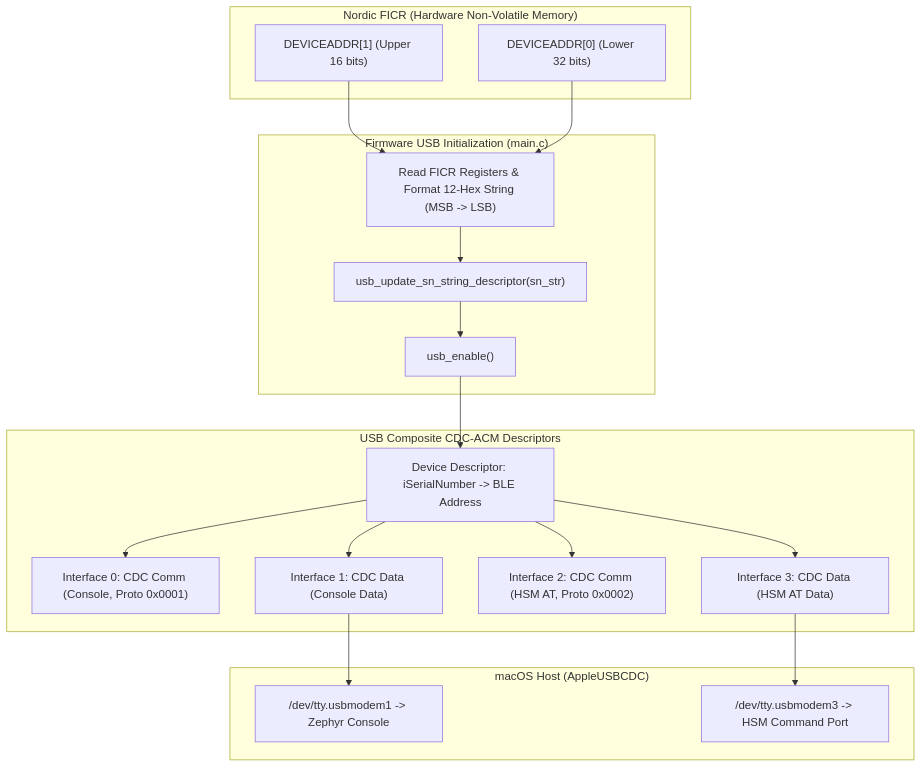
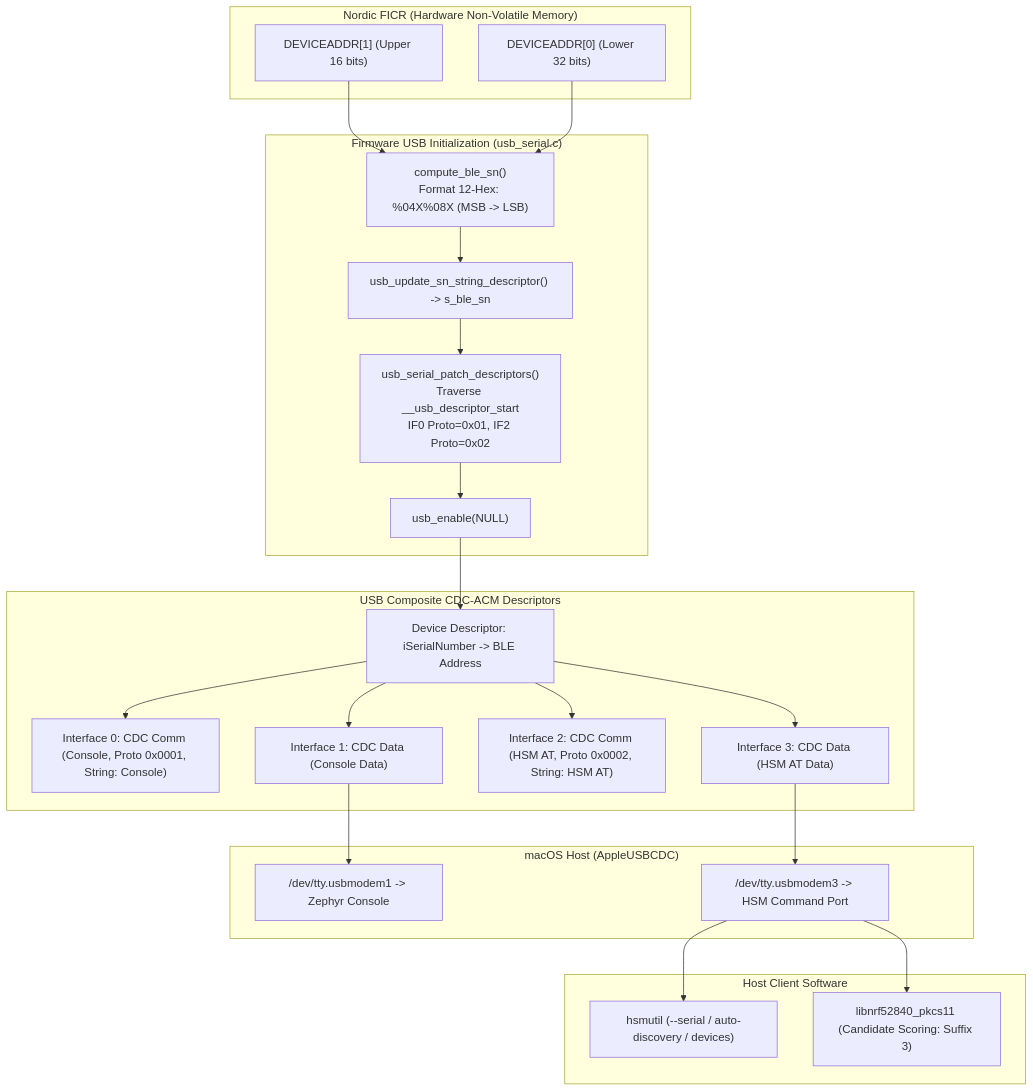
The diagram in features/usb-descriptors-ble-address.md (gpfister/hsm-obsidian), drawn with Mermaid before and after one commit. The commit also changed other lines of this file and 18 other files, not shown here.

Commit message:
docs(vault): record USB descriptors, BLE address serial specification, plan, and session logs

````diff
--- a/features/usb-descriptors-ble-address.md
+++ b/features/usb-descriptors-ble-address.md
@@ -52,38 +61,47 @@
 ```mermaid
 flowchart TD
     subgraph Nordic_FICR["Nordic FICR (Hardware Non-Volatile Memory)"]
         DEVICEADDR1["DEVICEADDR[1] (Upper 16 bits)"]
         DEVICEADDR0["DEVICEADDR[0] (Lower 32 bits)"]
     end
 
-    subgraph Firmware_Init["Firmware USB Initialization (main.c)"]
-        EXTRACT["Read FICR Registers & Format 12-Hex String (MSB -> LSB)"]
-        UPDATE_SN["usb_update_sn_string_descriptor(sn_str)"]
-        USB_ENABLE["usb_enable()"]
+    subgraph Firmware_Init["Firmware USB Initialization (usb_serial.c)"]
+        COMPUTE["compute_ble_sn()<br/>Format 12-Hex: %04X%08X (MSB -> LSB)"]
+        HOOK["usb_update_sn_string_descriptor() -> s_ble_sn"]
+        PATCH["usb_serial_patch_descriptors()<br/>Traverse __usb_descriptor_start<br/>IF0 Proto=0x01, IF2 Proto=0x02"]
+        ENABLE["usb_enable(NULL)"]
     end
 
     subgraph USB_Descriptors["USB Composite CDC-ACM Descriptors"]
         DEV_DESC["Device Descriptor: iSerialNumber -> BLE Address"]
-        IF0["Interface 0: CDC Comm (Console, Proto 0x0001)"]
+        IF0["Interface 0: CDC Comm (Console, Proto 0x0001, String: Console)"]
         IF1["Interface 1: CDC Data (Console Data)"]
-        IF2["Interface 2: CDC Comm (HSM AT, Proto 0x0002)"]
+        IF2["Interface 2: CDC Comm (HSM AT, Proto 0x0002, String: HSM AT)"]
         IF3["Interface 3: CDC Data (HSM AT Data)"]
     end
 
     subgraph MacOS_Host["macOS Host (AppleUSBCDC)"]
         TTY1["/dev/tty.usbmodem<BLE_ADDR>1 -> Zephyr Console"]
         TTY3["/dev/tty.usbmodem<BLE_ADDR>3 -> HSM Command Port"]
     end
 
-    DEVICEADDR1 --> EXTRACT
-    DEVICEADDR0 --> EXTRACT
-    EXTRACT --> UPDATE_SN
-    UPDATE_SN --> USB_ENABLE
-    USB_ENABLE --> DEV_DESC
+    subgraph Clients["Host Client Software"]
+        CLI["hsmutil (--serial / auto-discovery / devices)"]
+        P11["libnrf52840_pkcs11 (Candidate Scoring: Suffix 3)"]
+    end
+
+    DEVICEADDR1 --> COMPUTE
+    DEVICEADDR0 --> COMPUTE
+    COMPUTE --> HOOK
+    HOOK --> PATCH
+    PATCH --> ENABLE
+    ENABLE --> DEV_DESC
     DEV_DESC --> IF0
     DEV_DESC --> IF1
     DEV_DESC --> IF2
     DEV_DESC --> IF3
     IF1 --> TTY1
     IF3 --> TTY3
+    TTY3 --> CLI
+    TTY3 --> P11
 ```
````
